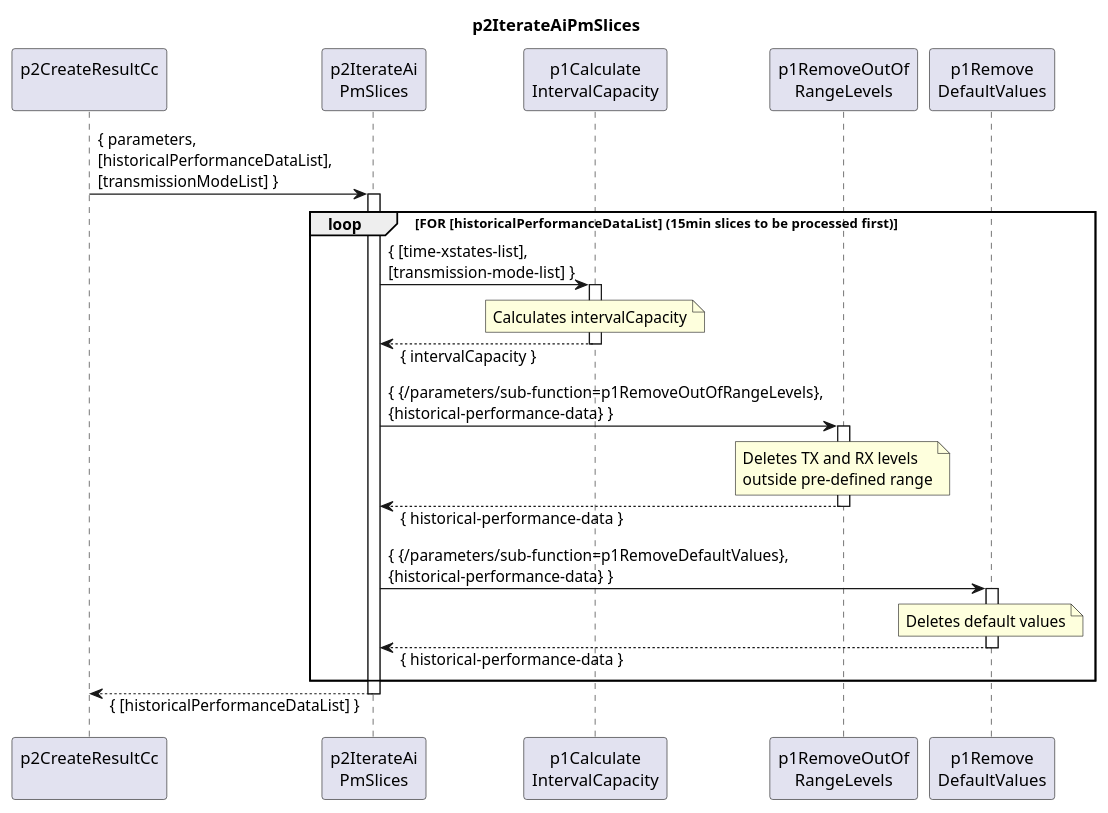
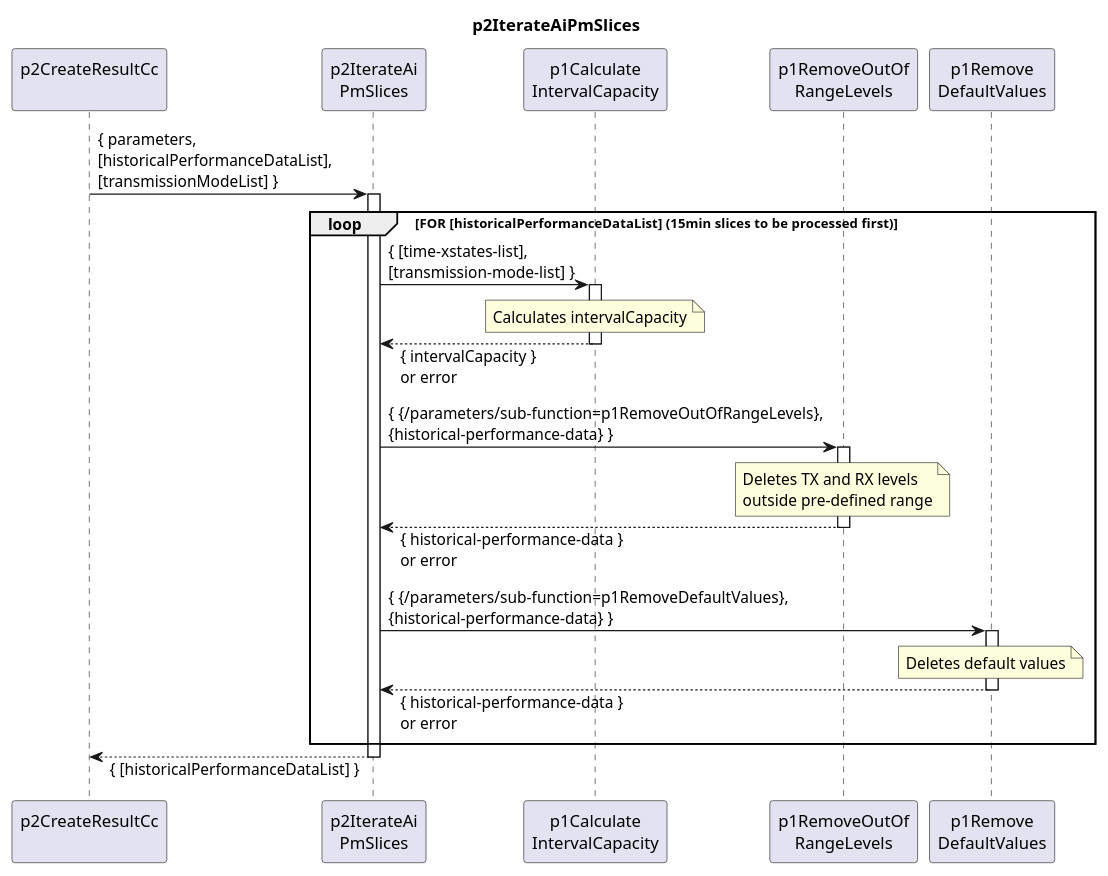
One commit to openBackhaul/DevicePerformanceManagementDataProcessor changed the diagram in spec/Functions/p2StreamPmData/p3ProcessDevice/p3CreateResultCc/p2IterateAiPmSlices/1.1.0/p2IterateAiPmSlices.plantuml. Above: the diagram before and after it, drawn with PlantUML. The commit also changed 3 other files, not shown here.

Commit message:
iterateAiSlices

```diff
--- a/spec/Functions/p2StreamPmData/p3ProcessDevice/p3CreateResultCc/p2IterateAiPmSlices/1.1.0/p2IterateAiPmSlices.plantuml
+++ b/spec/Functions/p2StreamPmData/p3ProcessDevice/p3CreateResultCc/p2IterateAiPmSlices/1.1.0/p2IterateAiPmSlices.plantuml
@@ -1,53 +1,53 @@
 @startuml p2IterateAiPmSlices
 skinparam responseMessageBelowArrow true
 
 title
   p2IterateAiPmSlices
 end title
 
 participant "p2CreateResultCc\n" as cur
 
 participant "p2IterateAi\nPmSlices" as iterateSlices
 participant "p1Calculate\nIntervalCapacity" as intCC
 participant "p1RemoveOutOf\nRangeLevels" as p1RORL
 participant "p1Remove\nDefaultValues" as p1RemDefault
 
 
 cur -> iterateSlices : { parameters,\n[historicalPerformanceDataList],\n[transmissionModeList] }
 activate iterateSlices
 
   loop FOR [historicalPerformanceDataList]   (15min slices to be processed first)
 
     iterateSlices -> intCC : { [time-xstates-list],\n[transmission-mode-list] }
     activate intCC
       note over intCC
         Calculates intervalCapacity
       end note
-    iterateSlices <-- intCC: { intervalCapacity }
+    iterateSlices <-- intCC: { intervalCapacity } \nor error
     deactivate intCC
 
     iterateSlices -> p1RORL : { {/parameters/sub-function=p1RemoveOutOfRangeLevels},\n{historical-performance-data} }
     activate p1RORL
       note over p1RORL
         Deletes TX and RX levels
         outside pre-defined range
       end note
-    iterateSlices <-- p1RORL: { historical-performance-data }
+    iterateSlices <-- p1RORL: { historical-performance-data } \nor error
     deactivate p1RORL
 
     iterateSlices -> p1RemDefault : { {/parameters/sub-function=p1RemoveDefaultValues},\n{historical-performance-data} }
     activate p1RemDefault
       note over p1RemDefault
         Deletes default values
       end note
-    iterateSlices <-- p1RemDefault: { historical-performance-data }
+    iterateSlices <-- p1RemDefault: { historical-performance-data } \nor error
     deactivate p1RemDefault
 
   end loop
 
 cur <-- iterateSlices : { [historicalPerformanceDataList] }
 deactivate iterateSlices
 
 deactivate cur
 
 @enduml
```
